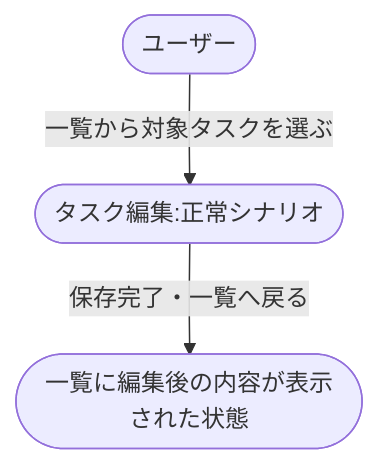
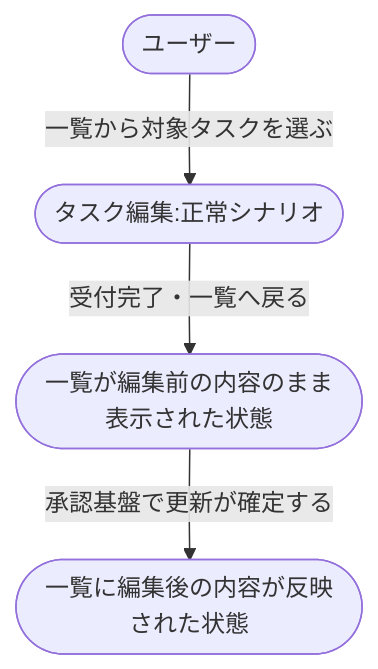
One commit to shuhei1101/ai-monitor-e2e changed the diagram in docs/wiki/設計図/シナリオ/複合ユースケース/タスク編集から一覧反映.md. Above: the diagram before and after it, drawn with Mermaid. The commit also changed other lines of this file, not shown here.

Commit message:
タスク編集複合シナリオを承認確定後の非同期反映へ修正

````diff
--- a/docs/wiki/設計図/シナリオ/複合ユースケース/タスク編集から一覧反映.md
+++ b/docs/wiki/設計図/シナリオ/複合ユースケース/タスク編集から一覧反映.md
@@ -20,7 +20,8 @@
 ```mermaid
 flowchart TD
   U0([ユーザー]) -->|一覧から対象タスクを選ぶ| UC1([タスク編集:正常シナリオ])
-  UC1 -->|保存完了・一覧へ戻る| DONE([一覧に編集後の内容が表示された状態])
+  UC1 -->|受付完了・一覧へ戻る| ACCEPTED([一覧が編集前の内容のまま表示された状態])
+  ACCEPTED -->|承認基盤で更新が確定する| DONE([一覧に編集後の内容が反映された状態])
 
   click UC1 "../単一ユースケース/タスク編集.md#正常シナリオ"
 ```
````
